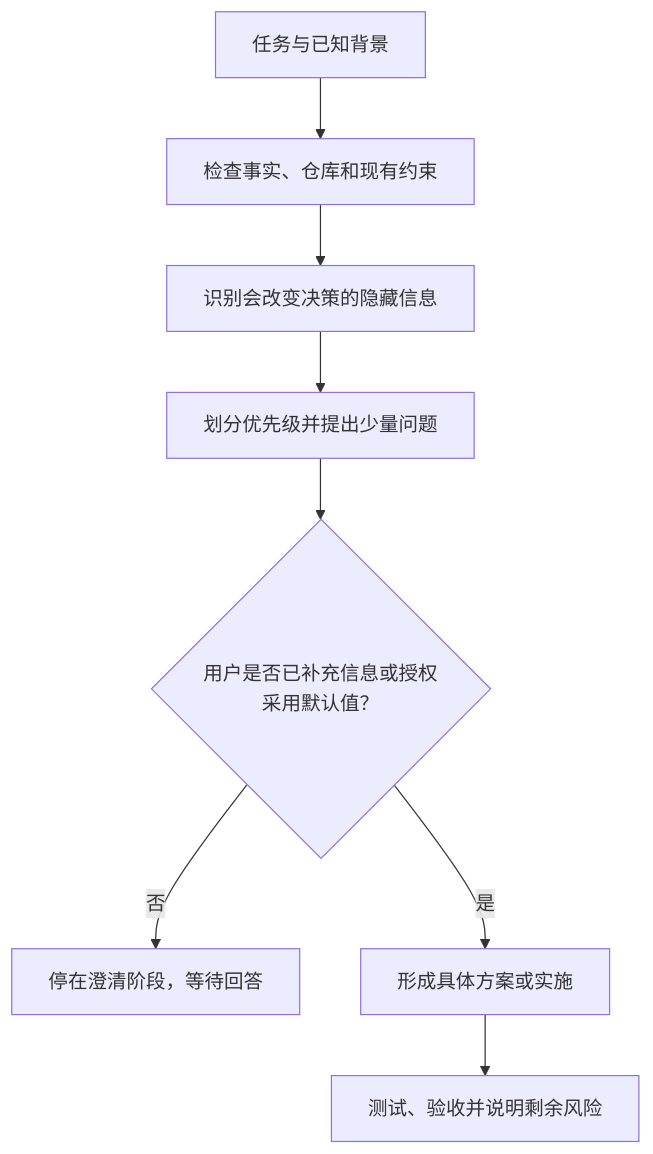
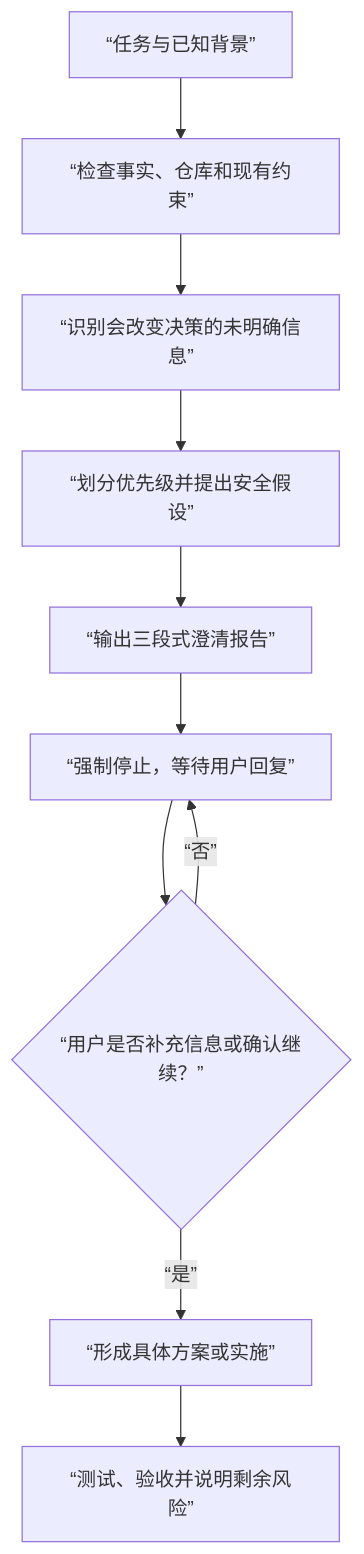
The diagram in README.md (qfuzj/clarify-hidden-context-skills), drawn with Mermaid before and after one commit. The commit also changed other lines of this file, not shown here.

````diff
--- a/README.md
+++ b/README.md
@@ -38,10 +38,12 @@
 ```mermaid
 flowchart TD
-    A["任务与已知背景"] --> B["检查事实、仓库和现有约束"]
-    B --> C["识别会改变决策的隐藏信息"]
-    C --> D["划分优先级并提出少量问题"]
-    D --> E{"用户是否已补充信息或授权采用默认值？"}
-    E -- "否" --> F["停在澄清阶段，等待回答"]
-    E -- "是" --> G["形成具体方案或实施"]
-    G --> H["测试、验收并说明剩余风险"]
+    A[“任务与已知背景”] --> B[“检查事实、仓库和现有约束”]
+    B --> C[“识别会改变决策的未明确信息”]
+    C --> D[“划分优先级并提出安全假设”]
+    D --> E[“输出三段式澄清报告”]
+    E --> F[“强制停止，等待用户回复”]
+    F --> G{“用户是否补充信息或确认继续？”}
+    G -- “否” --> F
+    G -- “是” --> H[“形成具体方案或实施”]
+    H --> I[“测试、验收并说明剩余风险”]
 ```
````
